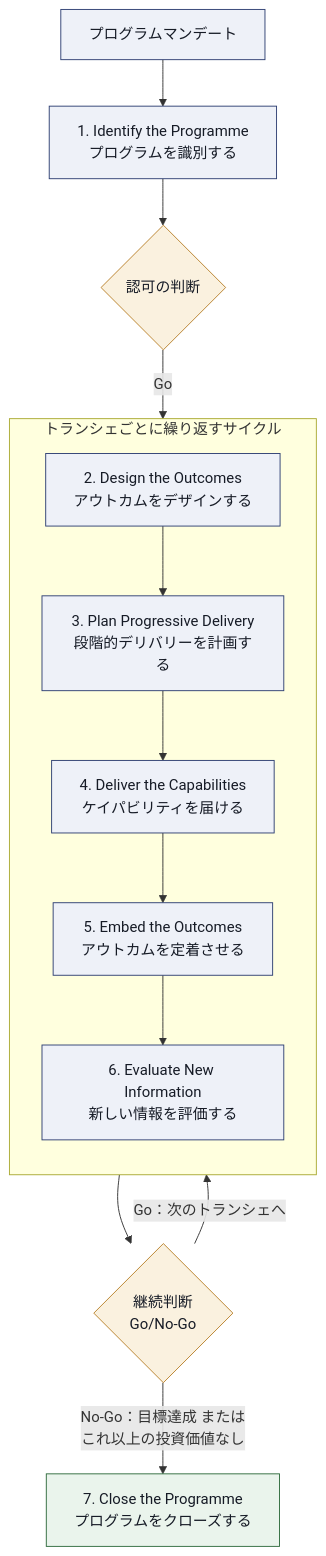
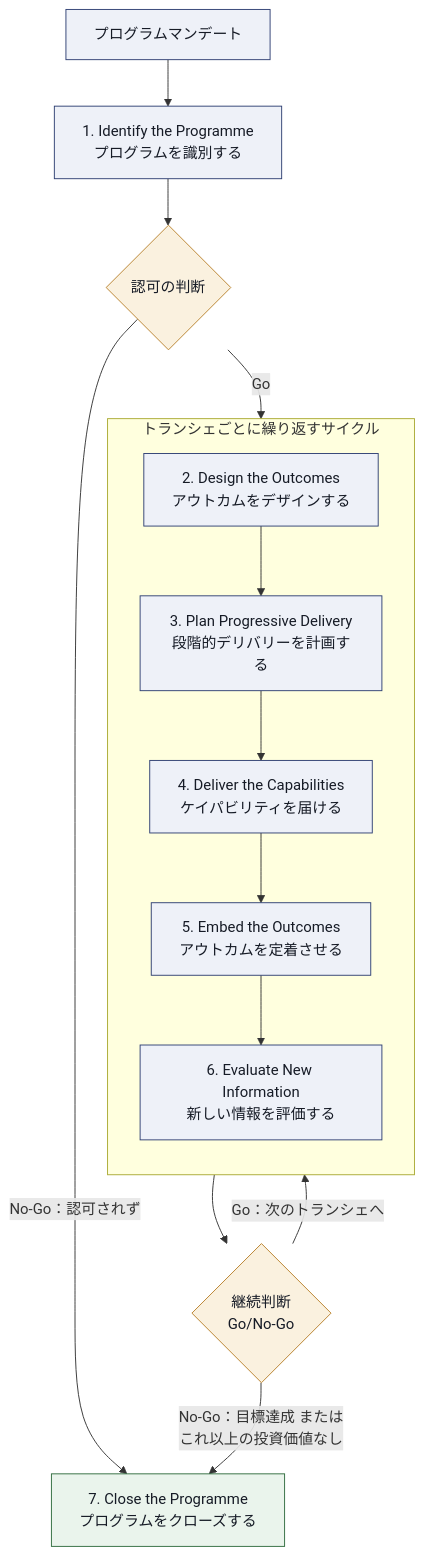
One commit to myoshi2891/Management-Team-Building-Studies changed the seventh of 10 diagrams in Msp-foundation-5th-edition-guide.md. Above: the diagram before and after it, drawn with Mermaid. The commit also changed 1 other file, not shown here.

Commit message:
docs(msp): update lifecycle flowchart and refine three lines of defence model

````diff
--- a/Msp-foundation-5th-edition-guide.md
+++ b/Msp-foundation-5th-edition-guide.md
@@ -400,27 +400,28 @@
 ```mermaid
 flowchart TB
     M["プログラムマンデート"] --> P1["1. Identify the Programme<br/>プログラムを識別する"]
     P1 --> GATE1{"認可の判断"}
     GATE1 -->|"Go"| P2
+    GATE1 -->|"No-Go：認可されず"| P7
 
     subgraph CYCLE["トランシェごとに繰り返すサイクル"]
         direction TB
         P2["2. Design the Outcomes<br/>アウトカムをデザインする"]
         P3["3. Plan Progressive Delivery<br/>段階的デリバリーを計画する"]
         P4["4. Deliver the Capabilities<br/>ケイパビリティを届ける"]
         P5["5. Embed the Outcomes<br/>アウトカムを定着させる"]
         P6["6. Evaluate New Information<br/>新しい情報を評価する"]
         P2 --> P3 --> P4 --> P5 --> P6
     end
 
     P6 --> GATE2{"継続判断<br/>Go/No-Go"}
     GATE2 -->|"Go：次のトランシェへ"| P2
     GATE2 -->|"No-Go：目標達成 または<br/>これ以上の投資価値なし"| P7["7. Close the Programme<br/>プログラムをクローズする"]
 
     classDef box fill:#EEF1F8,stroke:#2E3F72,color:#161B26
     classDef hub fill:#FAF1DF,stroke:#B8802A,color:#161B26
     classDef done fill:#EAF4EC,stroke:#2F6B3D,color:#161B26
     class M,P1,P2,P3,P4,P5,P6 box
     class GATE1,GATE2 hub
     class P7 done
 ```
````
